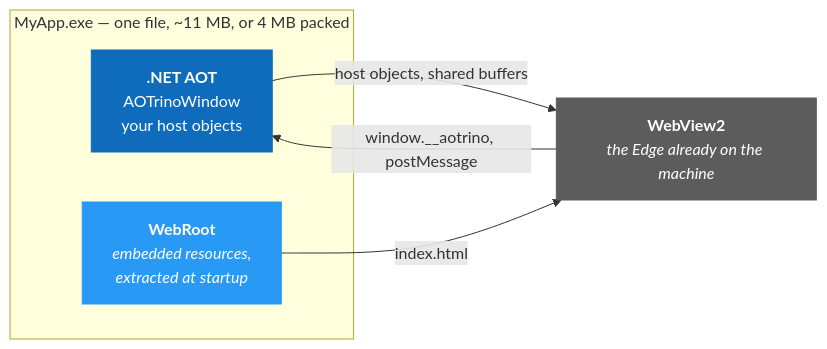
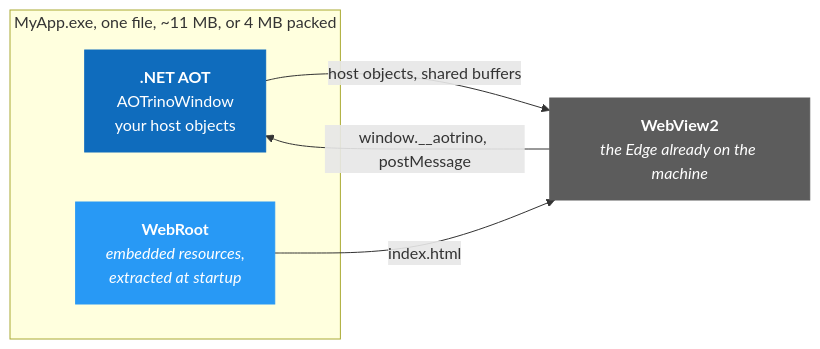
The second of 2 diagrams in README.md (aelyo-softworks/AOTrino), drawn with Mermaid before and after one commit. The commit also changed other lines of this file and 79 other files, not shown here.

````diff
--- a/README.md
+++ b/README.md
@@ -56,16 +56,16 @@
 ```mermaid
 graph LR
-    subgraph EXE["MyApp.exe — one file, ~11 MB, or 4 MB packed"]
+    subgraph EXE["MyApp.exe, one file, ~11 MB, or 4 MB packed"]
         NET["<b>.NET AOT</b><br/>AOTrinoWindow<br/>your host objects"]
         WR["<b>WebRoot</b><br/><i>embedded resources,<br/>extracted at startup</i>"]
     end
     WV["<b>WebView2</b><br/><i>the Edge already on the machine</i>"]
 
     NET -- "host objects, shared buffers" --> WV
     WV -- "window.__aotrino, postMessage" --> NET
     WR -- "index.html" --> WV
 
     style NET fill:#0f6cbd,color:#fff,stroke:#0f6cbd
     style WR fill:#2899f5,color:#fff,stroke:#2899f5
     style WV fill:#5c5c5c,color:#fff,stroke:#5c5c5c
 ```
````
